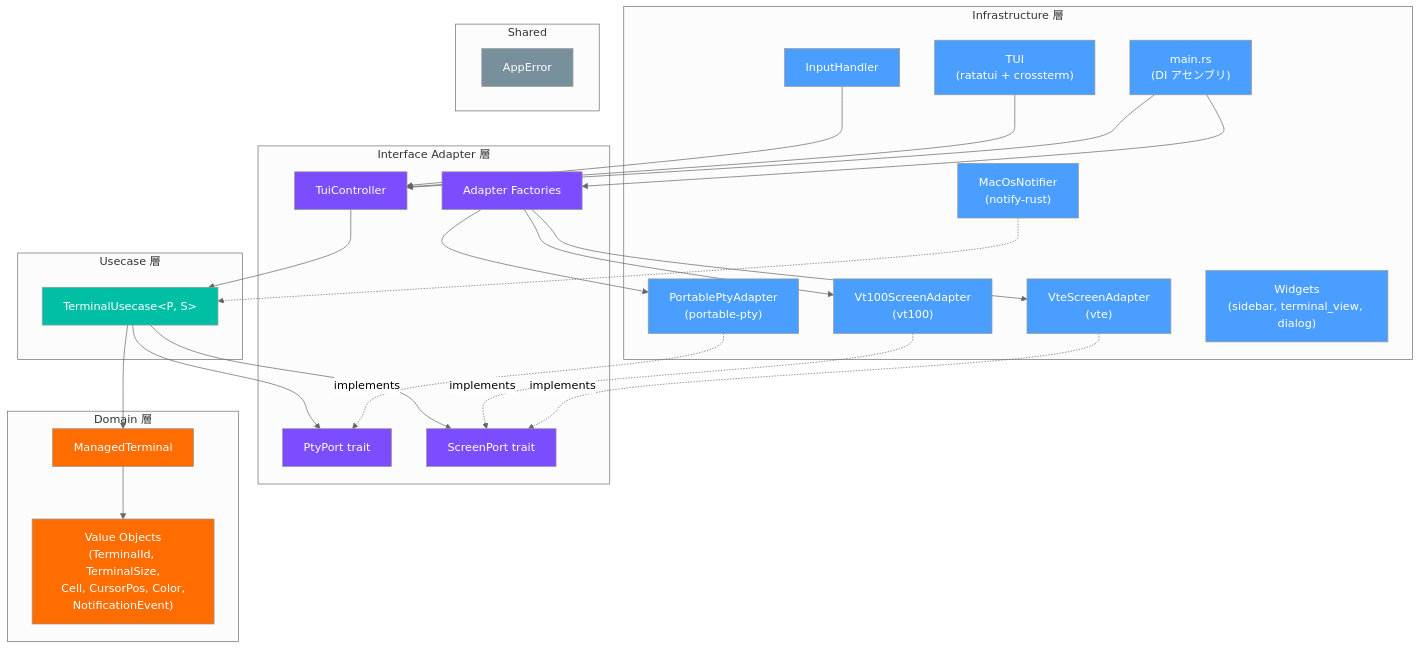
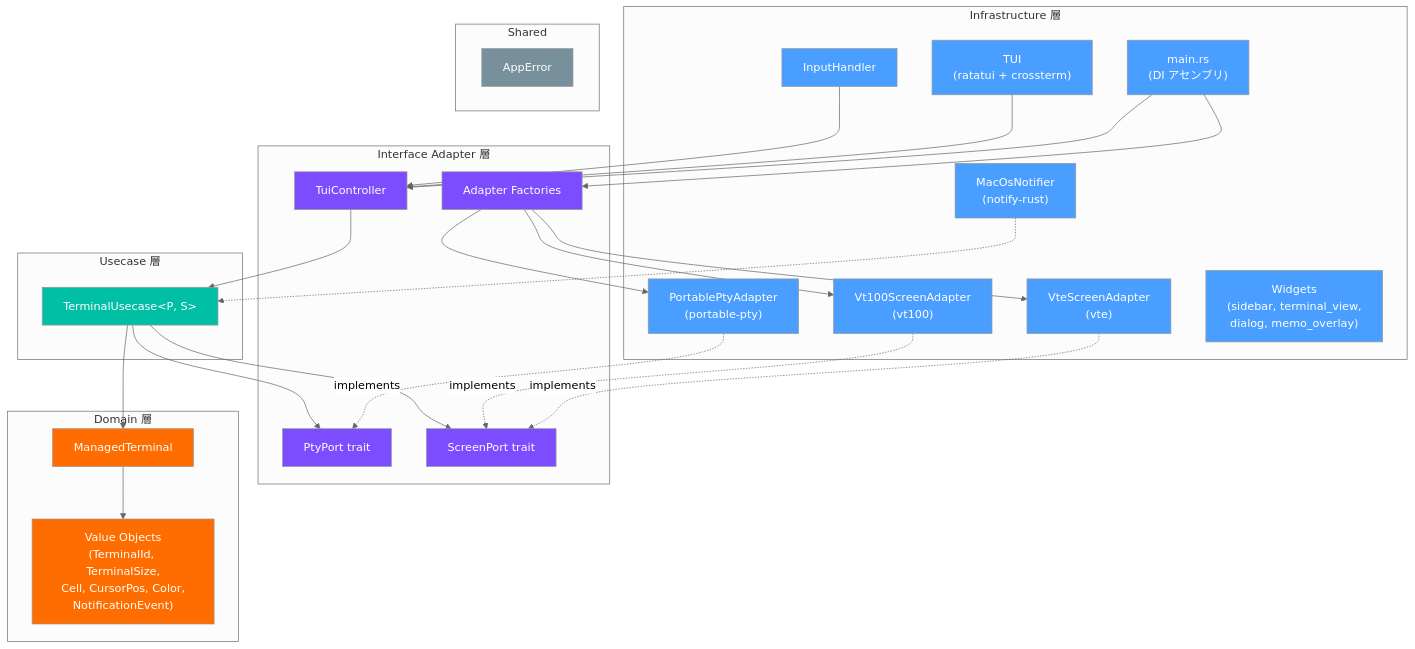
Before and after one commit to Kobayashi-takumi/cli-manager: the fourth of 6 diagrams in README.md, drawn with Mermaid (neutral theme). The commit also changed other lines of this file and 11 other files, not shown here.

First line of the commit message:
Add terminal rename and memo features (Phase 11)

````diff
--- a/README.md
+++ b/README.md
@@ -228,67 +257,67 @@
 ```mermaid
 graph TD
     subgraph "Infrastructure 層"
         MAIN["main.rs<br/>(DI アセンブリ)"]
         PTY["PortablePtyAdapter<br/>(portable-pty)"]
         VTE["VteScreenAdapter<br/>(vte)"]
         VT100["Vt100ScreenAdapter<br/>(vt100)"]
         TUI["TUI<br/>(ratatui + crossterm)"]
         INPUT["InputHandler"]
-        WIDGETS["Widgets<br/>(sidebar, terminal_view, dialog)"]
+        WIDGETS["Widgets<br/>(sidebar, terminal_view,<br/>dialog, memo_overlay)"]
         NOTIF["MacOsNotifier<br/>(notify-rust)"]
     end
 
     subgraph "Interface Adapter 層"
         CTRL["TuiController"]
         PTYPORT["PtyPort trait"]
         SCRPORT["ScreenPort trait"]
         FACTORY["Adapter Factories"]
     end
 
     subgraph "Usecase 層"
         UC["TerminalUsecase&lt;P, S&gt;"]
     end
 
     subgraph "Domain 層"
         ENT["ManagedTerminal"]
         VO["Value Objects<br/>(TerminalId, TerminalSize,<br/>Cell, CursorPos, Color,<br/>NotificationEvent)"]
     end
 
     subgraph "Shared"
         ERR["AppError"]
     end
 
     MAIN --> CTRL
     MAIN --> FACTORY
     FACTORY --> PTY
     FACTORY --> VTE
     FACTORY --> VT100
     TUI --> CTRL
     INPUT --> CTRL
     CTRL --> UC
     PTY -.->|implements| PTYPORT
     VTE -.->|implements| SCRPORT
     VT100 -.->|implements| SCRPORT
     UC --> PTYPORT
     UC --> SCRPORT
     UC --> ENT
     ENT --> VO
     NOTIF -.-> UC
 
     style MAIN fill:#4a9eff,color:#fff
     style PTY fill:#4a9eff,color:#fff
     style VTE fill:#4a9eff,color:#fff
     style VT100 fill:#4a9eff,color:#fff
     style TUI fill:#4a9eff,color:#fff
     style INPUT fill:#4a9eff,color:#fff
     style WIDGETS fill:#4a9eff,color:#fff
     style NOTIF fill:#4a9eff,color:#fff
     style CTRL fill:#7c4dff,color:#fff
     style PTYPORT fill:#7c4dff,color:#fff
     style SCRPORT fill:#7c4dff,color:#fff
     style FACTORY fill:#7c4dff,color:#fff
     style UC fill:#00bfa5,color:#fff
     style ENT fill:#ff6d00,color:#fff
     style VO fill:#ff6d00,color:#fff
     style ERR fill:#78909c,color:#fff
 ```
````
